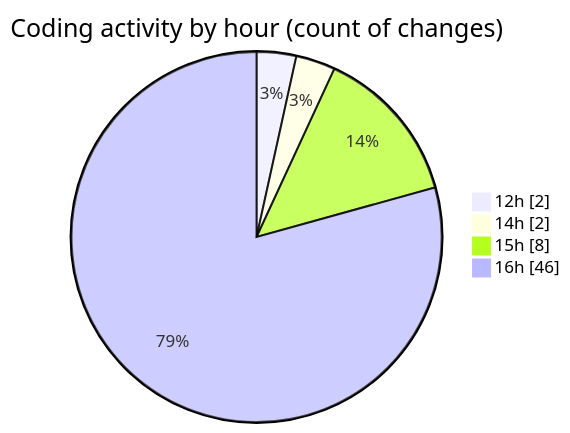
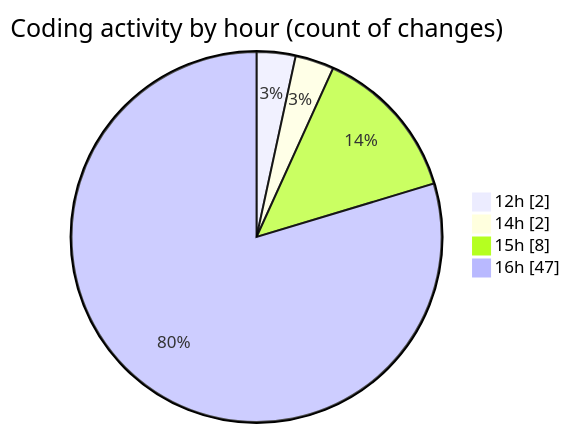
One commit to nxtqubesakshisongat/code-tracking changed the second of 2 diagrams in 2025-05-20/nxtqube_webapp/README.md. Above: the diagram before and after it, drawn with Mermaid. The commit also changed other lines of this file and 1 other file, not shown here.

````diff
--- a/2025-05-20/nxtqube_webapp/README.md
+++ b/2025-05-20/nxtqube_webapp/README.md
@@ -32,8 +32,8 @@
 ```mermaid
 pie showData
 title Coding activity by hour (count of changes)
 "12h" : 2
 "14h" : 2
 "15h" : 8
-"16h" : 46
+"16h" : 47
 ```
````
